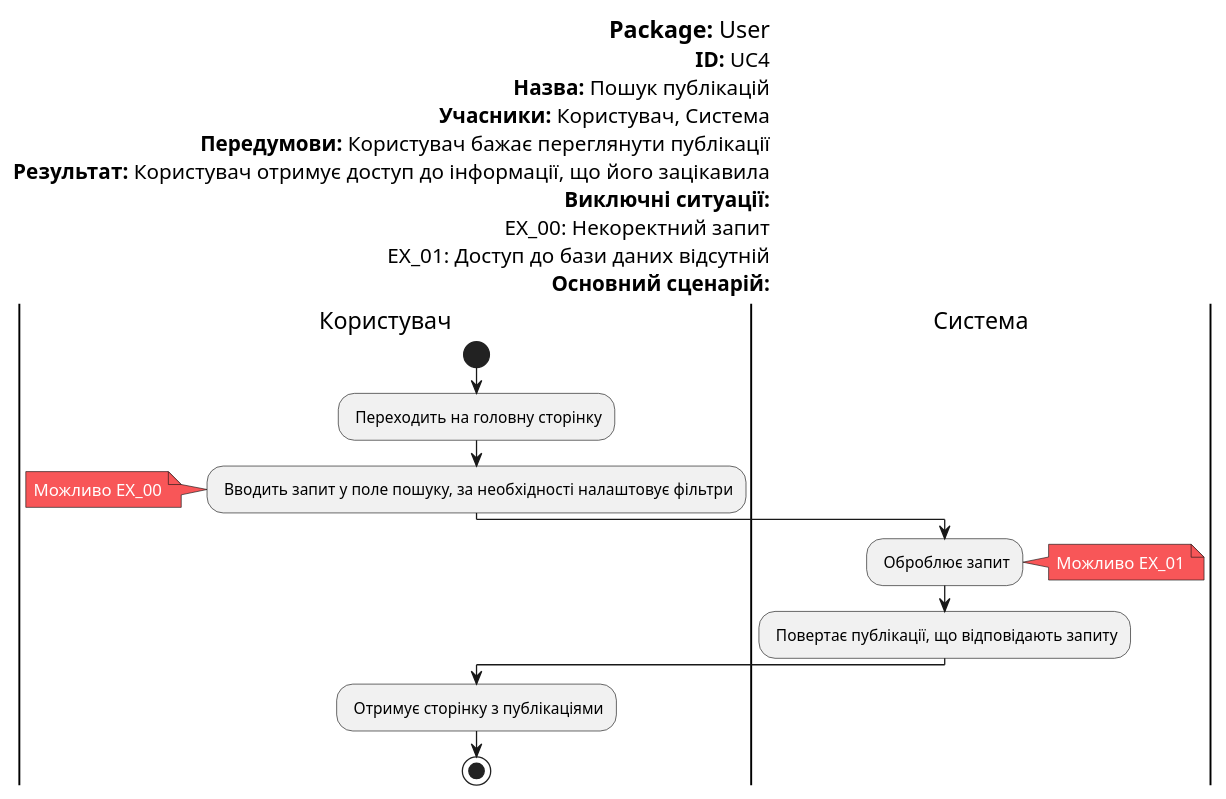
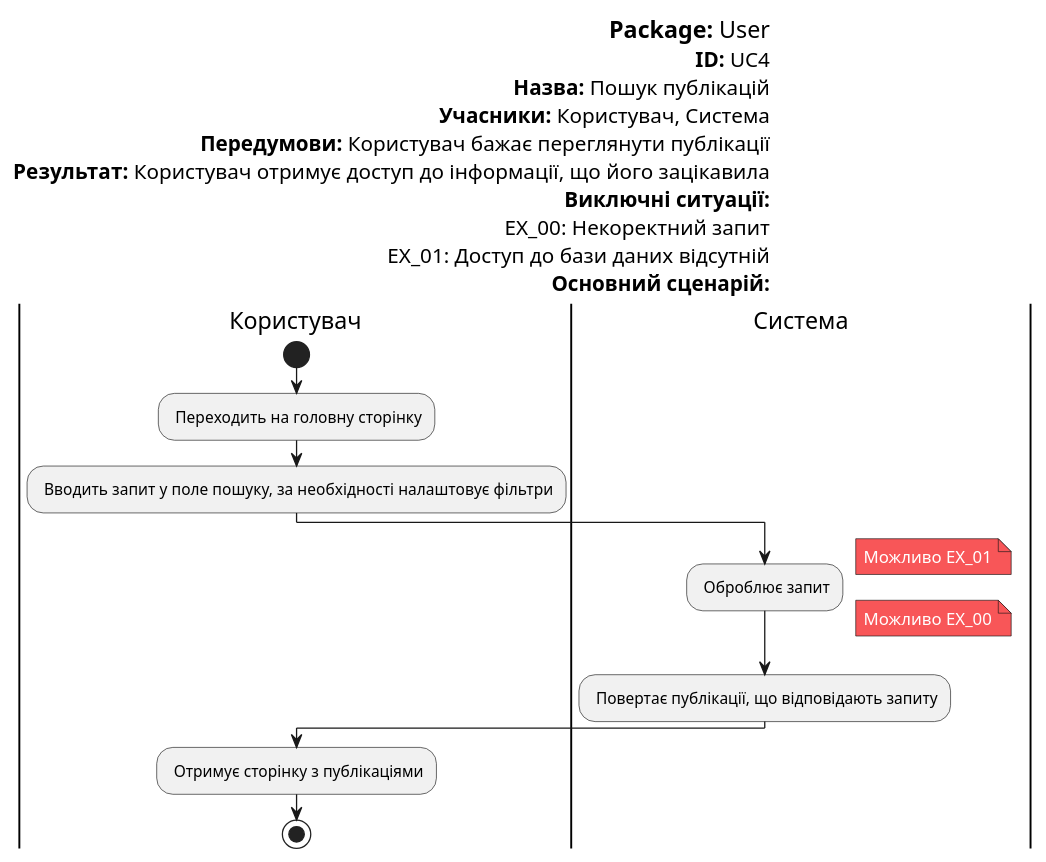
The diagram in UML/user/Diagrams/search.pu (yehorbk/kpi-programming), drawn with PlantUML before and after one commit.

```diff
--- a/UML/user/Diagrams/search.pu
+++ b/UML/user/Diagrams/search.pu
@@ -1,43 +1,42 @@
-@startuml 
-
+@startuml
 left header
 <font color=000 size=18><b>Package:</b> User
 <font color=000 size=16><b>ID:</b> UC4
 <font color=000 size=16><b>Назва:</b> Пошук публікацій
 <font color=000 size=16><b>Учасники:</b> Користувач, Система
 <font color=000 size=16><b>Передумови:</b> Користувач бажає переглянути публікації
 <font color=000 size=16><b>Результат:</b> Користувач отримує доступ до інформації, що його зацікавила
 <font color=000 size=16><b>Виключні ситуації:</b>
 <font color=000 size=16>EX_00: Некоректний запит
 <font color=000 size=16>EX_01: Доступ до бази даних відсутній
 <font color=000 size=16><b>Основний сценарій:</b>
 end header
 
 skinparam	shadowing false
 skinparam Note {
 	BackgroundColor #f85658
 	FontColor #ffffff
 }
 
 |Користувач|
 start
 : Переходить на головну сторінку;
 
 : Вводить запит у поле пошуку, за необхідності налаштовує фільтри;
-note left
-Можливо ЕХ_00
-end note
 
 |Система|
 : Оброблює запит;
 note right
 Можливо ЕХ_01
+end note
+note right
+Можливо ЕХ_00
 end note
 
 : Повертає публікації, що відповідають запиту;
 
 |Користувач|
 : Отримує сторінку з публікаціями;
 
 stop;
 @enduml
```
